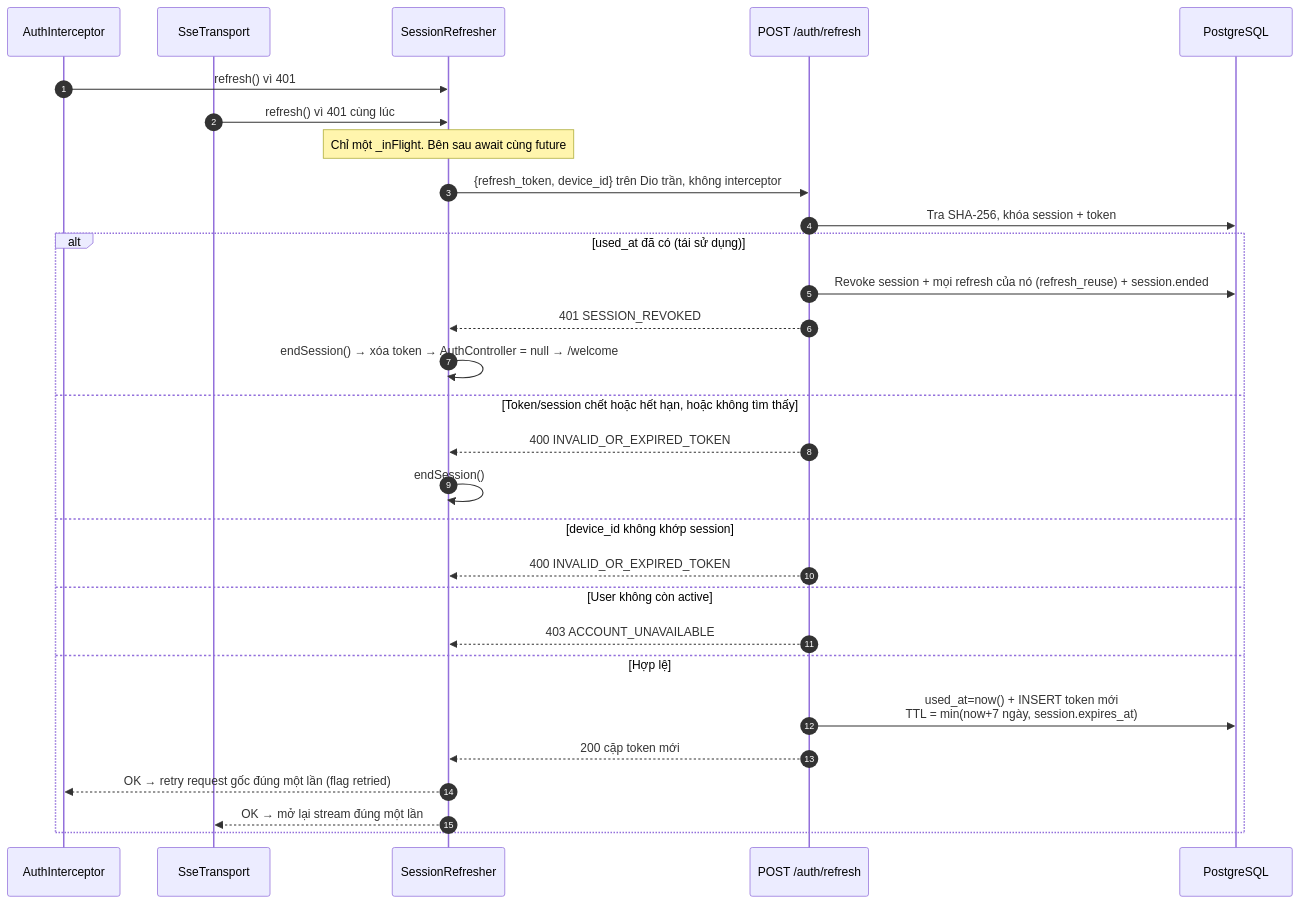
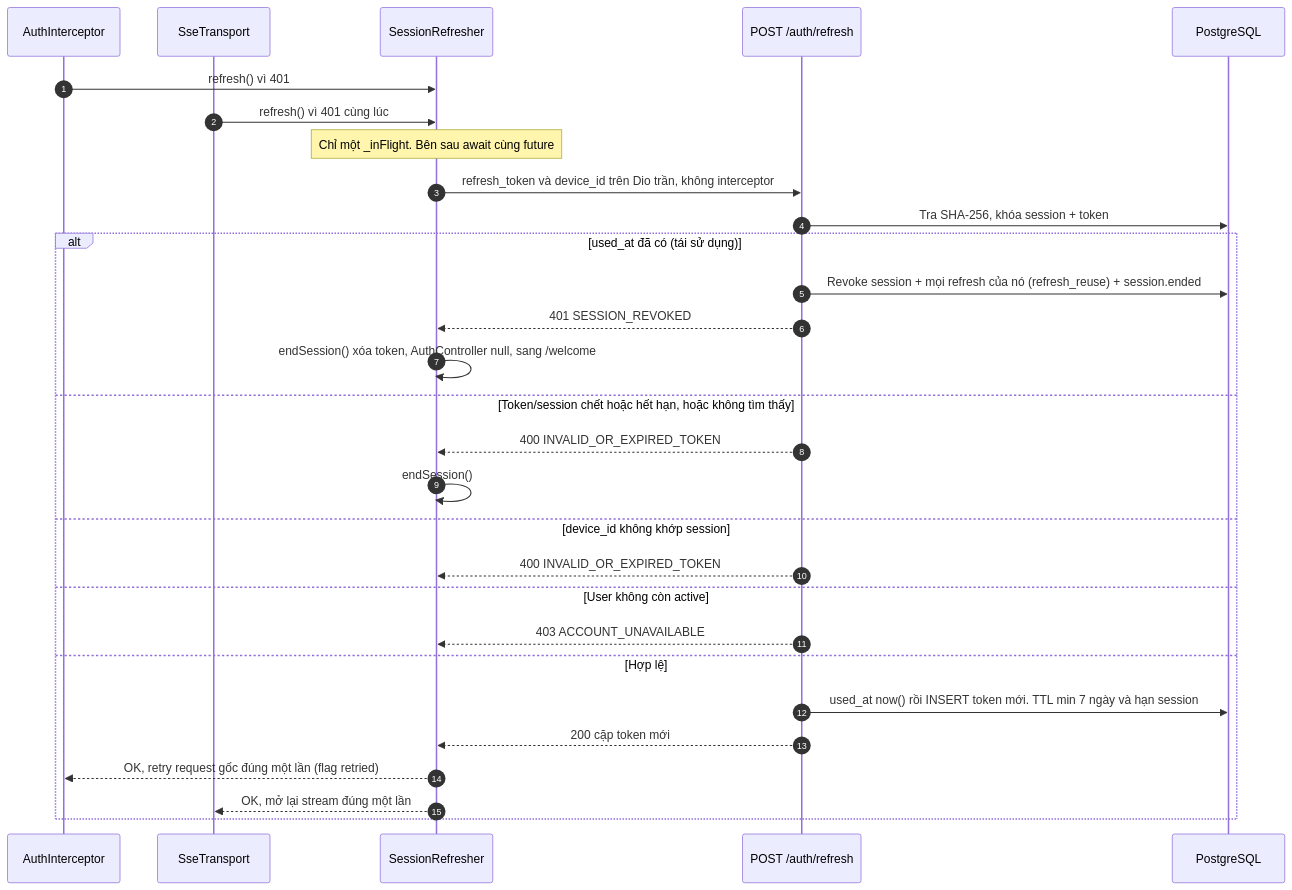
The third of 8 diagrams in flow/01-auth.md (FintechVSF-Tranning/PaySplit-RP), drawn with Mermaid before and after one commit. The commit also changed other lines of this file and 7 other files, not shown here.

First line of the commit message:
Refactor notification flow and admin management documentation

````diff
--- a/flow/01-auth.md
+++ b/flow/01-auth.md
@@ -188,32 +208,32 @@
 ```mermaid
 sequenceDiagram
     autonumber
     participant REST as AuthInterceptor
     participant SSE as SseTransport
     participant SR as SessionRefresher
     participant BE as POST /auth/refresh
     participant DB as PostgreSQL
 
     REST->>SR: refresh() vì 401
     SSE->>SR: refresh() vì 401 cùng lúc
     Note over SR: Chỉ một _inFlight. Bên sau await cùng future
-    SR->>BE: {refresh_token, device_id} trên Dio trần, không interceptor
+    SR->>BE: refresh_token và device_id trên Dio trần, không interceptor
     BE->>DB: Tra SHA-256, khóa session + token
     alt used_at đã có (tái sử dụng)
         BE->>DB: Revoke session + mọi refresh của nó (refresh_reuse) + session.ended
         BE-->>SR: 401 SESSION_REVOKED
-        SR->>SR: endSession() → xóa token → AuthController = null → /welcome
+        SR->>SR: endSession() xóa token, AuthController null, sang /welcome
     else Token/session chết hoặc hết hạn, hoặc không tìm thấy
         BE-->>SR: 400 INVALID_OR_EXPIRED_TOKEN
         SR->>SR: endSession()
     else device_id không khớp session
         BE-->>SR: 400 INVALID_OR_EXPIRED_TOKEN
     else User không còn active
         BE-->>SR: 403 ACCOUNT_UNAVAILABLE
     else Hợp lệ
-        BE->>DB: used_at=now() + INSERT token mới<br/>TTL = min(now+7 ngày, session.expires_at)
+        BE->>DB: used_at now() rồi INSERT token mới. TTL min 7 ngày và hạn session
         BE-->>SR: 200 cặp token mới
-        SR-->>REST: OK → retry request gốc đúng một lần (flag retried)
-        SR-->>SSE: OK → mở lại stream đúng một lần
+        SR-->>REST: OK, retry request gốc đúng một lần (flag retried)
+        SR-->>SSE: OK, mở lại stream đúng một lần
     end
 ```
````
